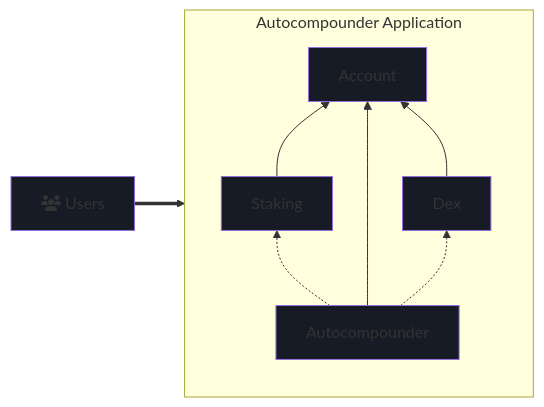
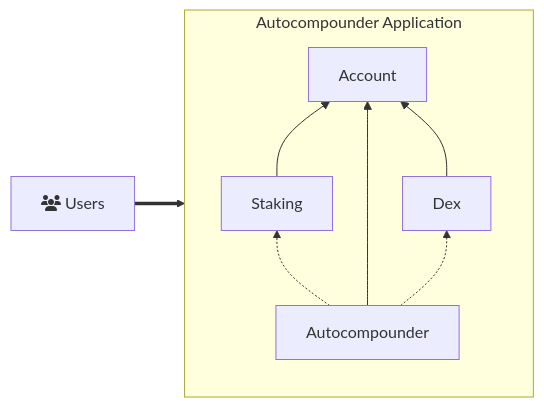
One commit to AbstractSDK/abstract changed the diagram in framework/docs/src/3_framework/1_abstract_sdk.md. Above: the diagram before and after it, drawn with Mermaid. The commit also changed 5 other files, not shown here.

````diff
--- a/framework/docs/src/3_framework/1_abstract_sdk.md
+++ b/framework/docs/src/3_framework/1_abstract_sdk.md
@@ -109,18 +109,13 @@
 ```mermaid
 flowchart LR
     subgraph Autocompounder Application
         direction BT
         Autocompounder -.-> Dex
         Autocompounder -.-> Staking
         Staking --> Account
         Autocompounder --> Account
         Dex --> Account
     end
 
     User[fa:fa-users Users] ==> Autocompounder
-    style User fill: #161b25
-    style Autocompounder fill: #161b25
-    style Staking fill: #161b25
-    style Dex fill: #161b25
-    style Account fill: #161b25
 ```
````
